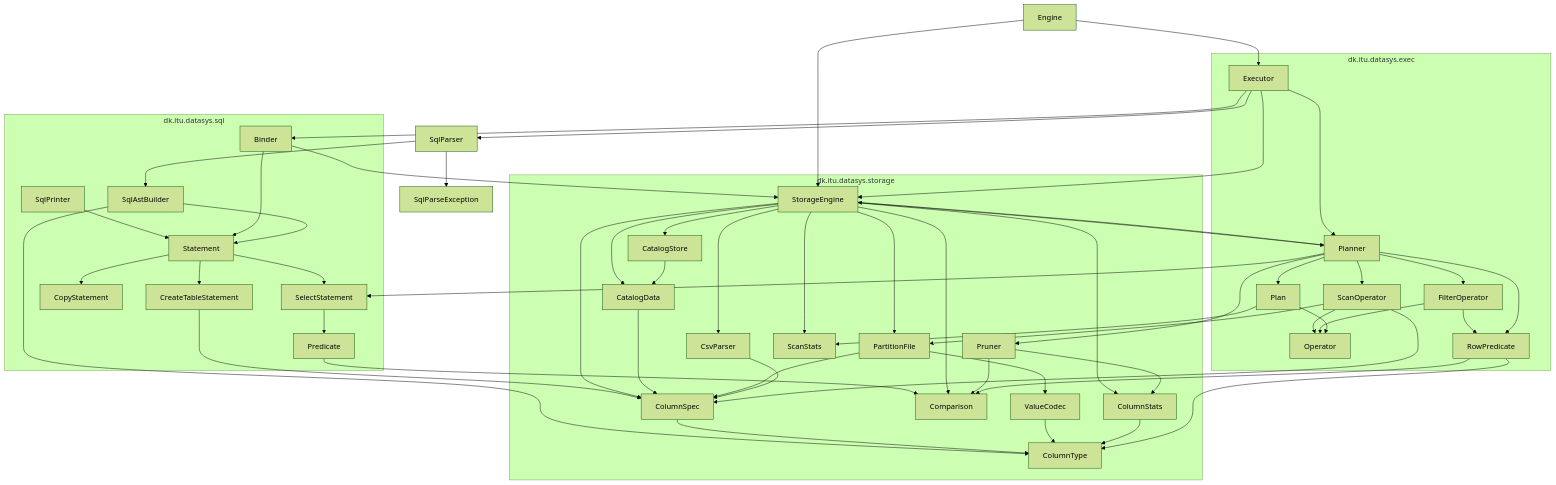
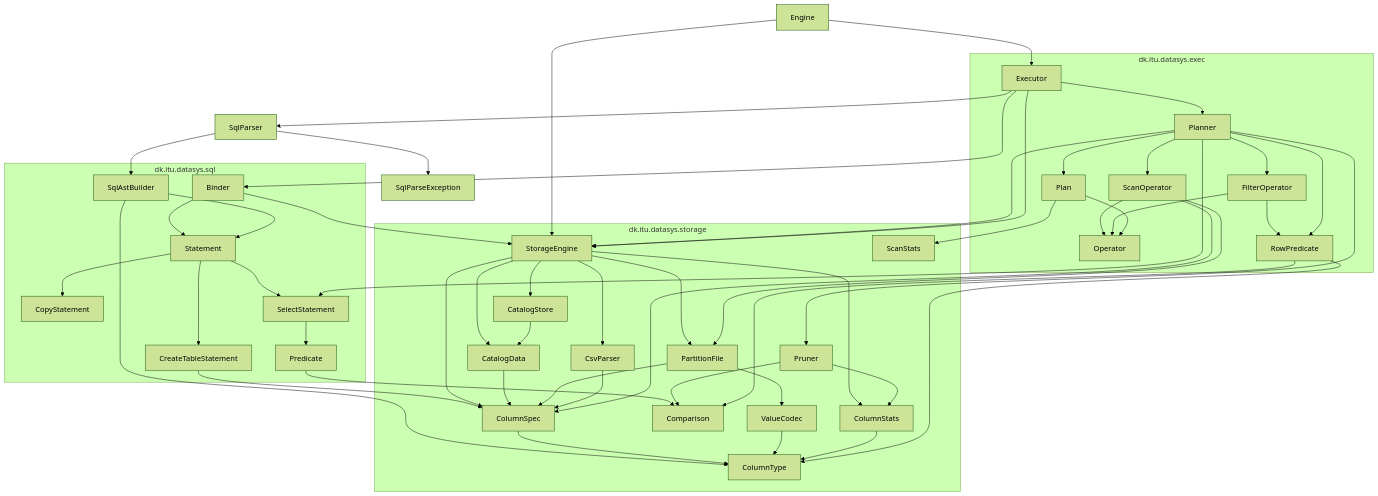
One commit to julianefalsig/datasys-engine-TheQueryCrew changed the first of 2 diagrams in README.md. Above: the diagram before and after it, drawn with Mermaid (forest theme). The commit also changed other lines of this file and 14 other files, not shown here.

```diff
--- a/README.md
+++ b/README.md
@@ -97,7 +95,6 @@
   SqlParseException
   subgraph sqlPkg ["dk.itu.datasys.sql"]
     SqlAstBuilder
-    SqlPrinter
     Binder
     Statement
     CreateTableStatement
@@ -131,7 +128,6 @@
   Engine --> Executor
   Engine --> StorageEngine
   SqlParser --> SqlAstBuilder
-  SqlPrinter --> Statement
   Binder --> Statement
   Binder --> StorageEngine
   SqlParser --> SqlParseException
@@ -149,9 +145,6 @@
   StorageEngine --> CsvParser
   StorageEngine --> ColumnStats
   StorageEngine --> ColumnSpec
-  StorageEngine --> Comparison
-  StorageEngine --> ScanStats
-  StorageEngine --> Planner
   CatalogStore --> CatalogData
   CatalogData --> ColumnSpec
   PartitionFile --> ValueCodec
```
